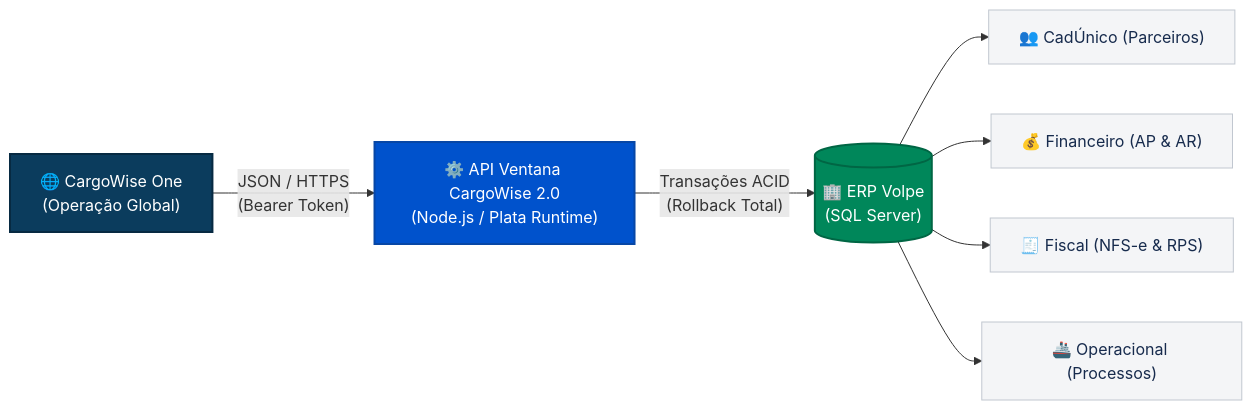
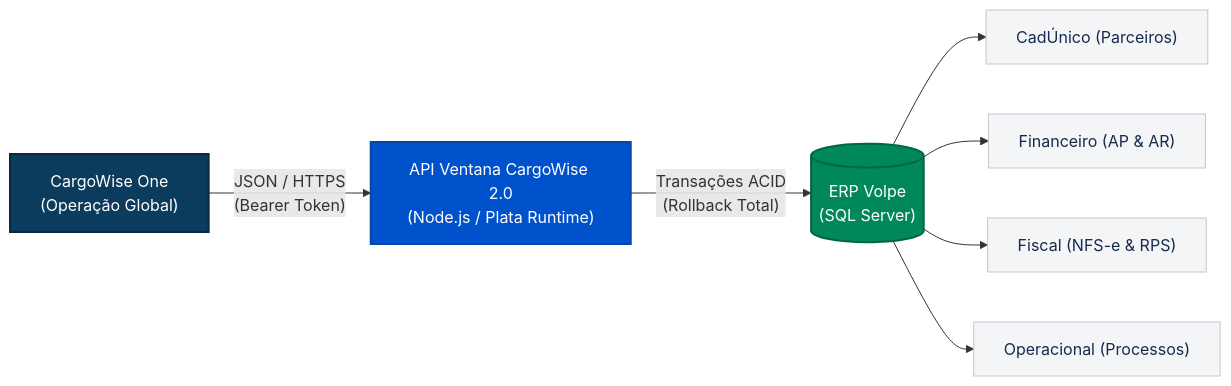
One commit to MatheusRafaelPWI/Ventana_node_ApiCargoWise2.0 changed the diagram in README.md. Above: the diagram before and after it, drawn with Mermaid. The commit also changed other lines of this file and 2 other files, not shown here.

````diff
--- a/README.md
+++ b/README.md
@@ -58,18 +58,18 @@
 ```mermaid
 flowchart LR
-    CW["🌐 CargoWise One<br/>(Operação Global)"] -->|"JSON / HTTPS<br/>(Bearer Token)"| API["⚙️ API Ventana CargoWise 2.0<br/>(Node.js / Plata Runtime)"]
-    API -->|"Transações ACID<br/>(Rollback Total)"| VOLPE[("🏢 ERP Volpe<br/>(SQL Server)")]
-    VOLPE --> CAD["👥 CadÚnico (Parceiros)"]
-    VOLPE --> FIN["💰 Financeiro (AP & AR)"]
-    VOLPE --> FIS["🧾 Fiscal (NFS-e & RPS)"]
-    VOLPE --> OP["🚢 Operacional (Processos)"]
+    CW["CargoWise One<br/>(Operação Global)"] -->|"JSON / HTTPS<br/>(Bearer Token)"| API["API Ventana CargoWise 2.0<br/>(Node.js / Plata Runtime)"]
+    API -->|"Transações ACID<br/>(Rollback Total)"| VOLPE[("ERP Volpe<br/>(SQL Server)")]
+    VOLPE --> CAD["CadÚnico (Parceiros)"]
+    VOLPE --> FIN["Financeiro (AP & AR)"]
+    VOLPE --> FIS["Fiscal (NFS-e & RPS)"]
+    VOLPE --> OP["Operacional (Processos)"]
 
     classDef cw fill:#0b3c5d,stroke:#072a42,stroke-width:2px,color:#ffffff;
     classDef api fill:#0052cc,stroke:#0747a6,stroke-width:2px,color:#ffffff;
     classDef volpe fill:#00875a,stroke:#006644,stroke-width:2px,color:#ffffff;
     classDef dest fill:#f4f5f7,stroke:#c1c7d0,stroke-width:1px,color:#172b4d;
     class CW cw;
     class API api;
     class VOLPE volpe;
     class CAD,FIN,FIS,OP dest;
 ```
````
